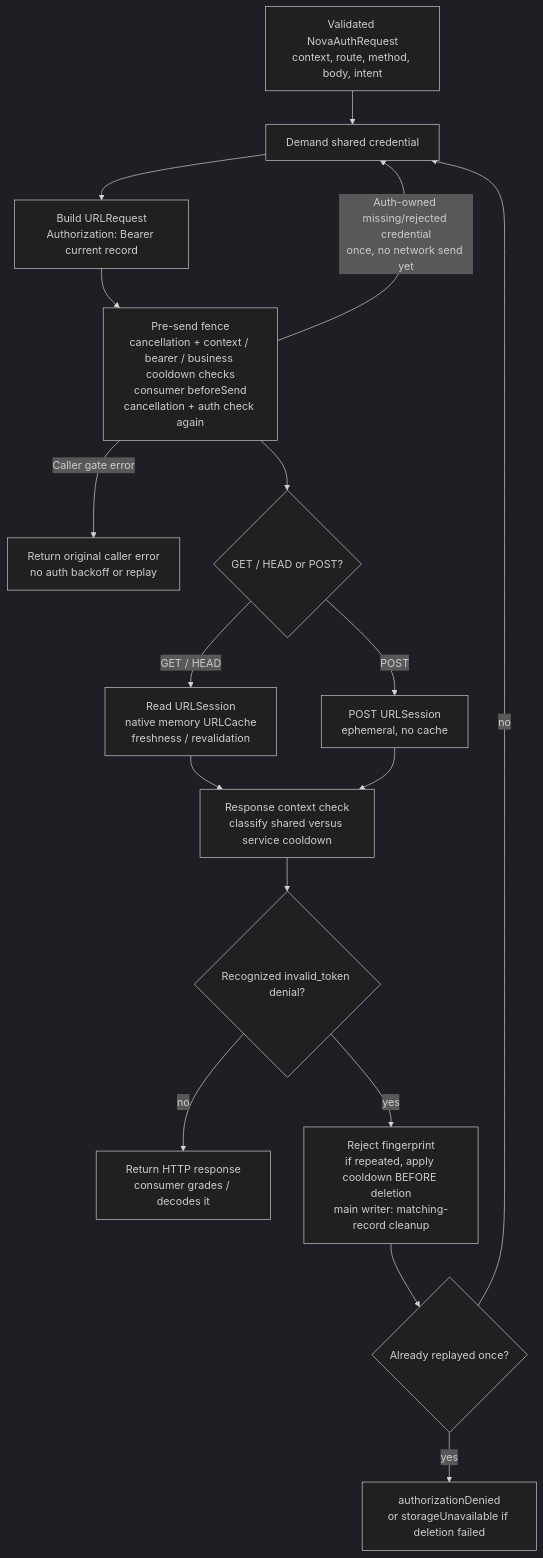
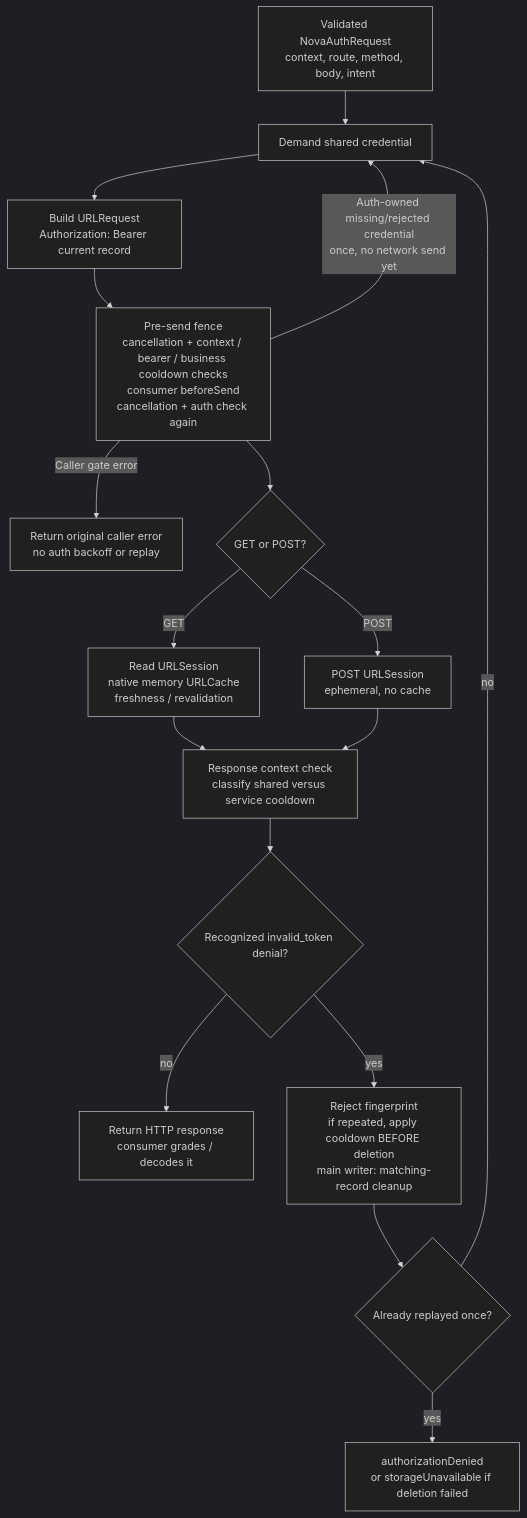
Before and after one commit to novasamatech/nova-wallet-ios: the sixth of 8 diagrams in .claude/docs/architecture/novaauth-client-diagrams.md, drawn with Mermaid (dark theme). The commit also changed other lines of this file and 2 other files, not shown here.

Commit message:
drop the removed head method and reset marker from the nova auth docs

````diff
--- a/.claude/docs/architecture/novaauth-client-diagrams.md
+++ b/.claude/docs/architecture/novaauth-client-diagrams.md
@@ -227,19 +227,19 @@
 ```mermaid
 flowchart TB
   REQUEST["Validated NovaAuthRequest<br/>context, route, method, body, intent"] --> DEMAND["Demand shared credential"]
   DEMAND --> BUILD["Build URLRequest<br/>Authorization: Bearer current record"]
   BUILD --> FENCE["Pre-send fence<br/>cancellation + context / bearer / business cooldown checks<br/>consumer beforeSend<br/>cancellation + auth check again"]
   FENCE -- "Auth-owned missing/rejected credential<br/>once, no network send yet" --> DEMAND
   FENCE -- "Caller gate error" --> ABORT["Return original caller error<br/>no auth backoff or replay"]
-  FENCE --> TYPE{"GET / HEAD or POST?"}
-  TYPE -- "GET / HEAD" --> READ["Read URLSession<br/>native memory URLCache<br/>freshness / revalidation"]
+  FENCE --> TYPE{"GET or POST?"}
+  TYPE -- GET --> READ["Read URLSession<br/>native memory URLCache<br/>freshness / revalidation"]
   TYPE -- POST --> POST["POST URLSession<br/>ephemeral, no cache"]
   READ --> RECEIVE["Response context check<br/>classify shared versus service cooldown"]
   POST --> RECEIVE
   RECEIVE --> DENIAL{"Recognized invalid_token denial?"}
   DENIAL -- no --> RESULT["Return HTTP response<br/>consumer grades / decodes it"]
   DENIAL -- yes --> REMOVE["Reject fingerprint<br/>if repeated, apply cooldown BEFORE deletion<br/>main writer: matching-record cleanup"]
   REMOVE --> RETRY{"Already replayed once?"}
   RETRY -- no --> DEMAND
   RETRY -- yes --> STOP["authorizationDenied<br/>or storageUnavailable if deletion failed"]
 ```
````
